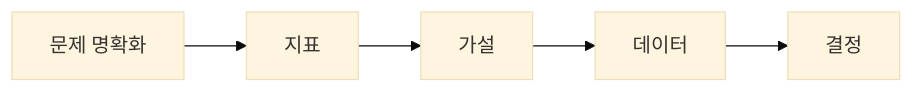
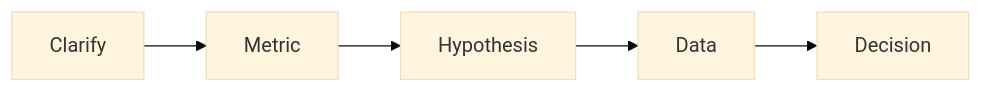
Before and after one commit to yeongseon-books/book-content: the diagram in content/data-science-career-101/ko/07-case-interview.md, drawn with Mermaid (base theme). The commit also changed other lines of this file and 9 other files, not shown here.

````diff
--- a/content/data-science-career-101/ko/07-case-interview.md
+++ b/content/data-science-career-101/ko/07-case-interview.md
@@ -41,7 +51,7 @@
 ```mermaid
 flowchart LR
-    Q[문제 명확화] --> M[지표]
-    M --> H[가설]
-    H --> D[데이터]
-    D --> Dec[결정]
+    Q[Clarify] --> M[Metric]
+    M --> H[Hypothesis]
+    H --> D[Data]
+    D --> Dec[Decision]
 ```
````
